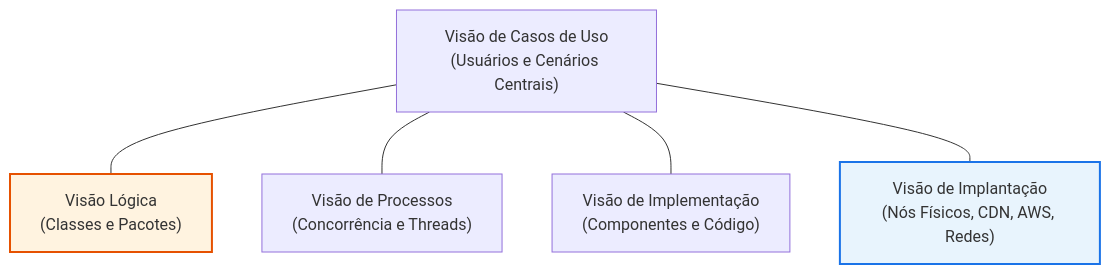
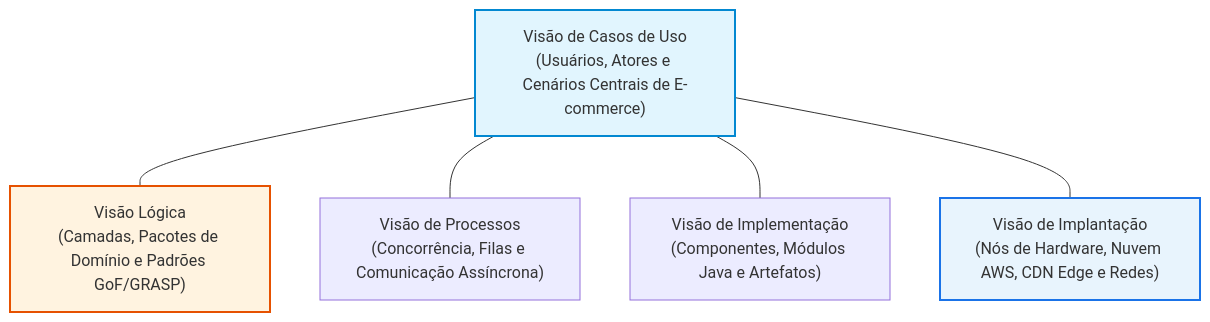
Before and after one commit to UnBArqDsw2026-2-Turma01/2026.2-T01-_G1_ProjetoComercioEletronico_Entrega_04: the first of 7 diagrams in docs/Base/Relatórios/1.1.1.DAS.md, drawn with Mermaid. The commit also changed other lines of this file and 10 other files, not shown here.

````diff
--- a/docs/Base/Relatórios/1.1.1.DAS.md
+++ b/docs/Base/Relatórios/1.1.1.DAS.md
@@ -149,16 +183,17 @@
 ```mermaid
 flowchart TD
-  UC["Visão de Casos de Uso<br>(Usuários e Cenários Centrais)"]
-  L["Visão Lógica<br>(Classes e Pacotes)"]
-  P["Visão de Processos<br>(Concorrência e Threads)"]
-  I["Visão de Implementação<br>(Componentes e Código)"]
-  D["Visão de Implantação<br>(Nós Físicos, CDN, AWS, Redes)"]
+  UC["Visão de Casos de Uso<br>(Usuários, Atores e Cenários Centrais de E-commerce)"]
+  L["Visão Lógica<br>(Camadas, Pacotes de Domínio e Padrões GoF/GRASP)"]
+  P["Visão de Processos<br>(Concorrência, Filas e Comunicação Assíncrona)"]
+  I["Visão de Implementação<br>(Componentes, Módulos Java e Artefatos)"]
+  D["Visão de Implantação<br>(Nós de Hardware, Nuvem AWS, CDN Edge e Redes)"]
 
   UC --- L
   UC --- P
   UC --- I
   UC --- D
 
+  style UC fill:#e1f5fe,stroke:#0288d1,stroke-width:2px
   style L fill:#fff3e0,stroke:#e65100,stroke-width:2px
   style D fill:#e8f4fd,stroke:#1a73e8,stroke-width:2px
 ```
````
